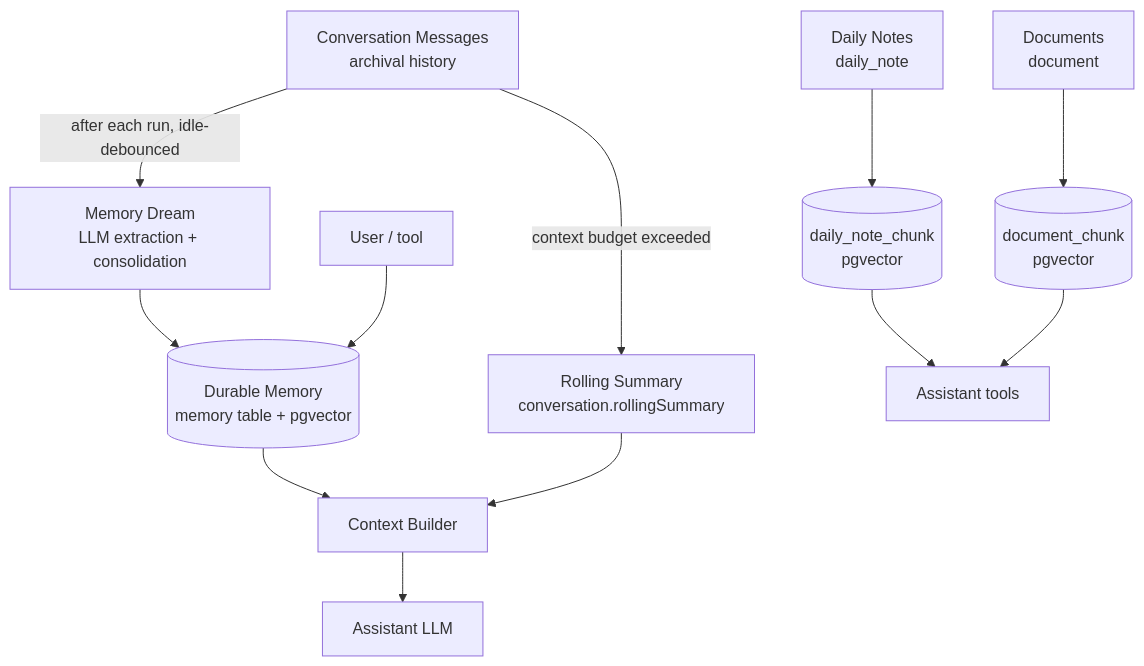
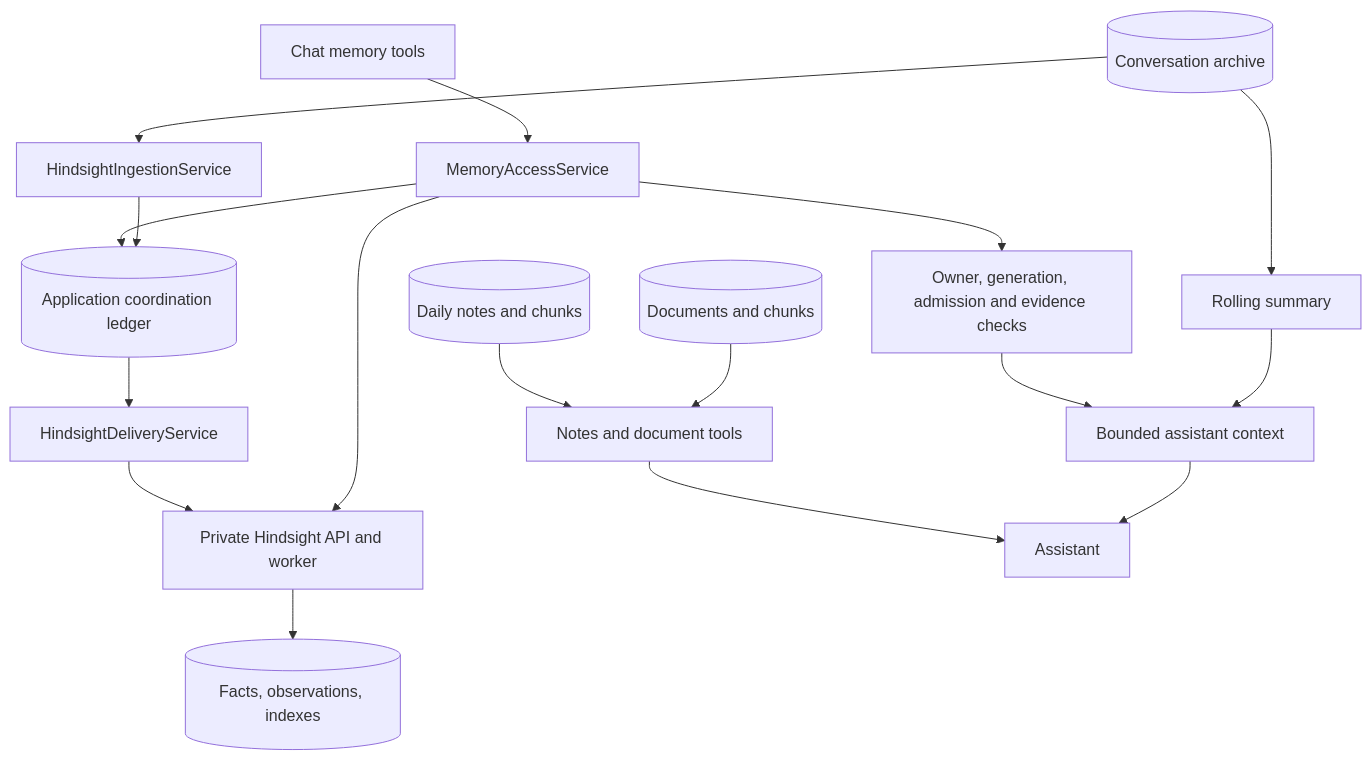
One commit to MuslimMujahid/sydia changed the diagram in docs/MEMORY_SYSTEM.md. Above: the diagram before and after it, drawn with Mermaid. The commit also changed other lines of this file and 86 other files, not shown here.

First line of the commit message:
feat(memory): integrate Hindsight with migration and rollback support

````diff
--- a/docs/MEMORY_SYSTEM.md
+++ b/docs/MEMORY_SYSTEM.md
@@ -60,17 +43,19 @@
 ```mermaid
-flowchart TB
-    MSG[Conversation Messages<br/>archival history]
-    MSG -->|context budget exceeded| SUM[Rolling Summary<br/>conversation.rollingSummary]
-    MSG -->|after each run, idle-debounced| DREAM[Memory Dream<br/>LLM extraction + consolidation]
-    DREAM --> MEM[(Durable Memory<br/>memory table + pgvector)]
-    USER[User / tool] --> MEM
-
-    NOTE[Daily Notes<br/>daily_note] --> NCHUNK[(daily_note_chunk<br/>pgvector)]
-    DOC[Documents<br/>document] --> DCHUNK[(document_chunk<br/>pgvector)]
-
-    MEM --> CB[Context Builder]
-    SUM --> CB
-    NCHUNK --> TOOLS[Assistant tools]
-    DCHUNK --> TOOLS
-    CB --> LLM[Assistant LLM]
+flowchart TD
+    CHAT[Chat memory tools] --> ACCESS[MemoryAccessService]
+    HISTORY[(Conversation archive)] --> INGEST[HindsightIngestionService]
+    ACCESS --> LEDGER[(Application coordination ledger)]
+    INGEST --> LEDGER
+    LEDGER --> DELIVERY[HindsightDeliveryService]
+    DELIVERY --> HS[Private Hindsight API and worker]
+    HS --> FACTS[(Facts, observations, indexes)]
+    ACCESS --> HS
+    ACCESS --> VALIDATE[Owner, generation, admission and evidence checks]
+    VALIDATE --> CONTEXT[Bounded assistant context]
+    HISTORY --> SUMMARY[Rolling summary]
+    SUMMARY --> CONTEXT
+    NOTES[(Daily notes and chunks)] --> TOOLS[Notes and document tools]
+    DOCS[(Documents and chunks)] --> TOOLS
+    TOOLS --> ASSISTANT[Assistant]
+    CONTEXT --> ASSISTANT
 ```
````
